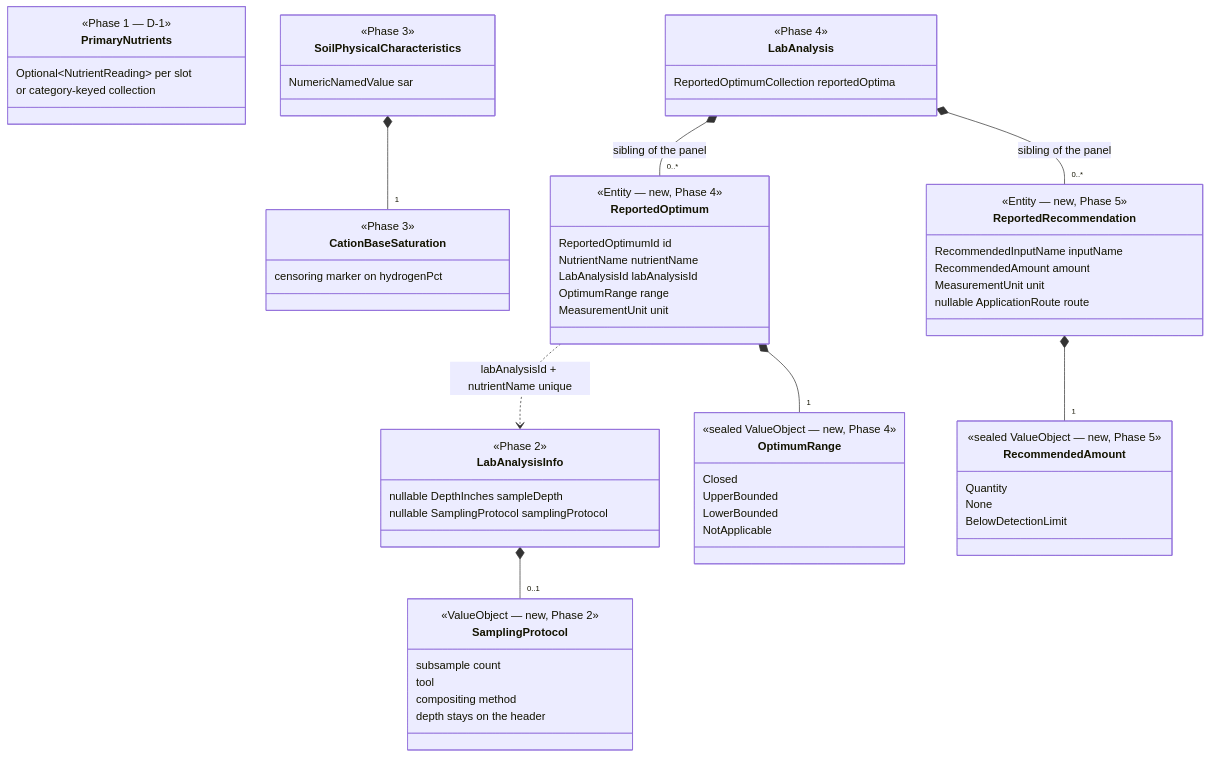
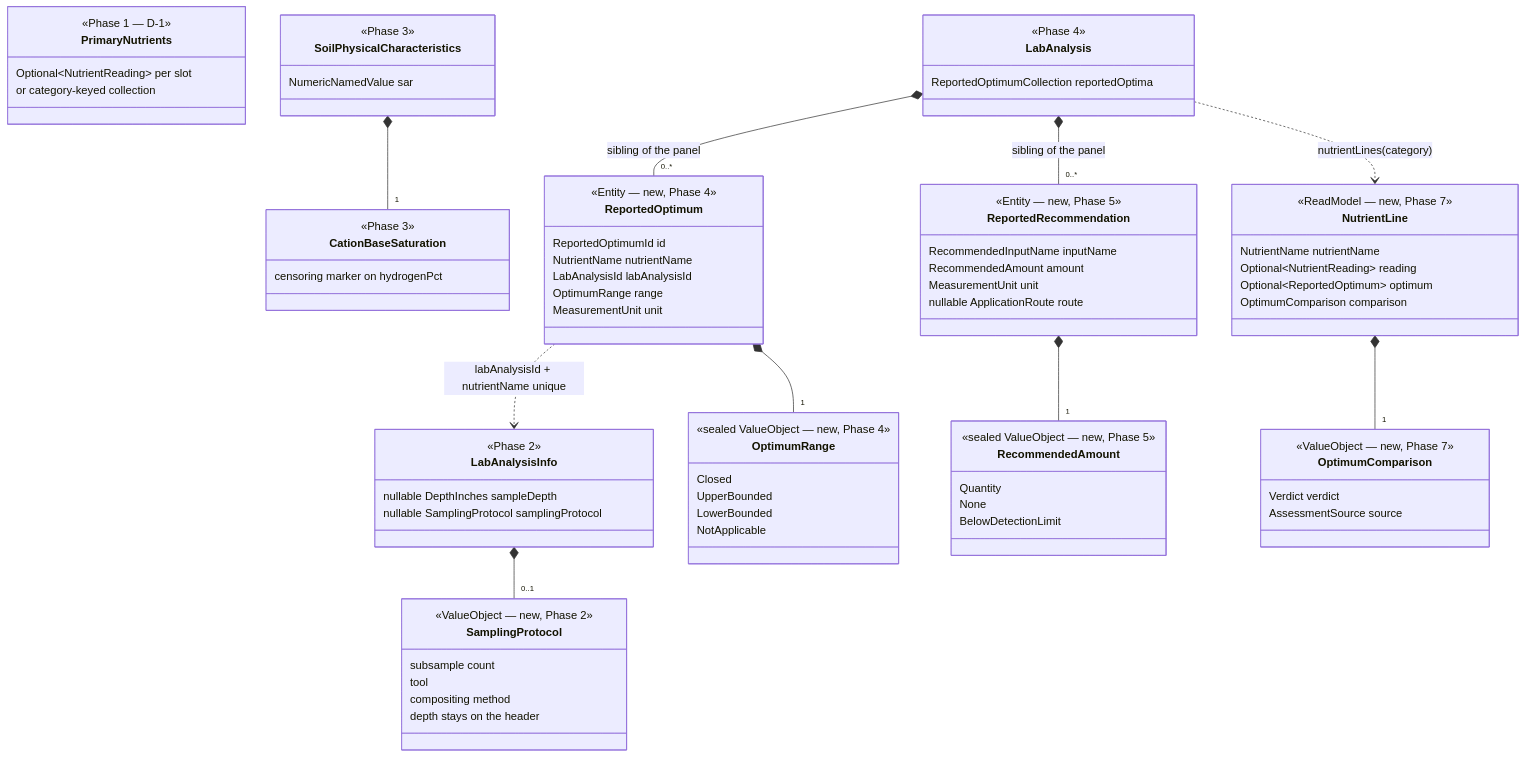
One commit to pway99/naturalist changed the second of 2 diagrams in docs/soil-status-implementation-plan.md. Above: the diagram before and after it, drawn with Mermaid. The commit also changed other lines of this file and 17 other files, not shown here.

First line of the commit message:
feat(soil): put the presentation rules in the read model (Phase 7)

````diff
--- a/docs/soil-status-implementation-plan.md
+++ b/docs/soil-status-implementation-plan.md
@@ -284,6 +284,22 @@
     LabAnalysis *-- "0..*" ReportedOptimum : sibling of the panel
     ReportedOptimum *-- "1" OptimumRange
     ReportedOptimum ..> LabAnalysisInfo : labAnalysisId + nutrientName unique
+    class NutrientLine {
+        <<ReadModel — new, Phase 7>>
+        NutrientName nutrientName
+        Optional~NutrientReading~ reading
+        Optional~ReportedOptimum~ optimum
+        OptimumComparison comparison
+    }
+
+    class OptimumComparison {
+        <<ValueObject — new, Phase 7>>
+        Verdict verdict
+        AssessmentSource source
+    }
+
     LabAnalysis *-- "0..*" ReportedRecommendation : sibling of the panel
     ReportedRecommendation *-- "1" RecommendedAmount
+    LabAnalysis ..> NutrientLine : nutrientLines(category)
+    NutrientLine *-- "1" OptimumComparison
 ```
````
